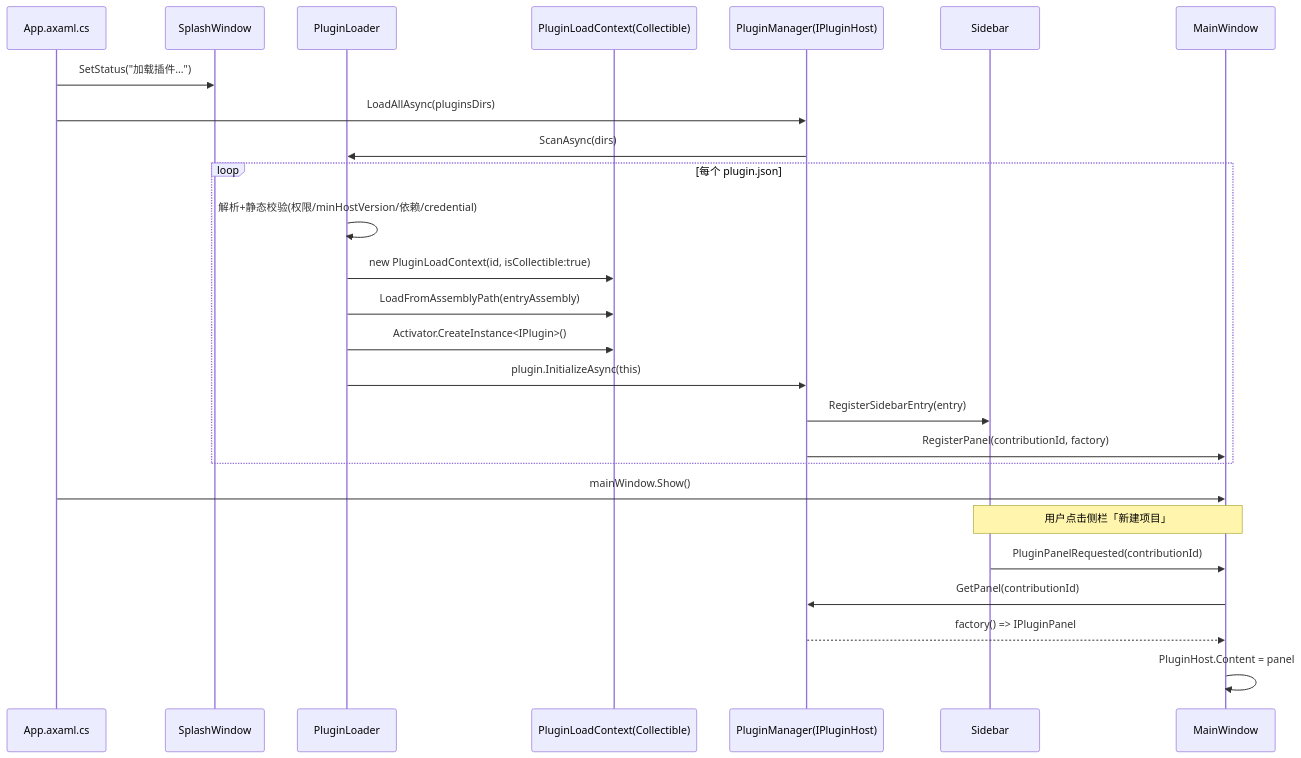
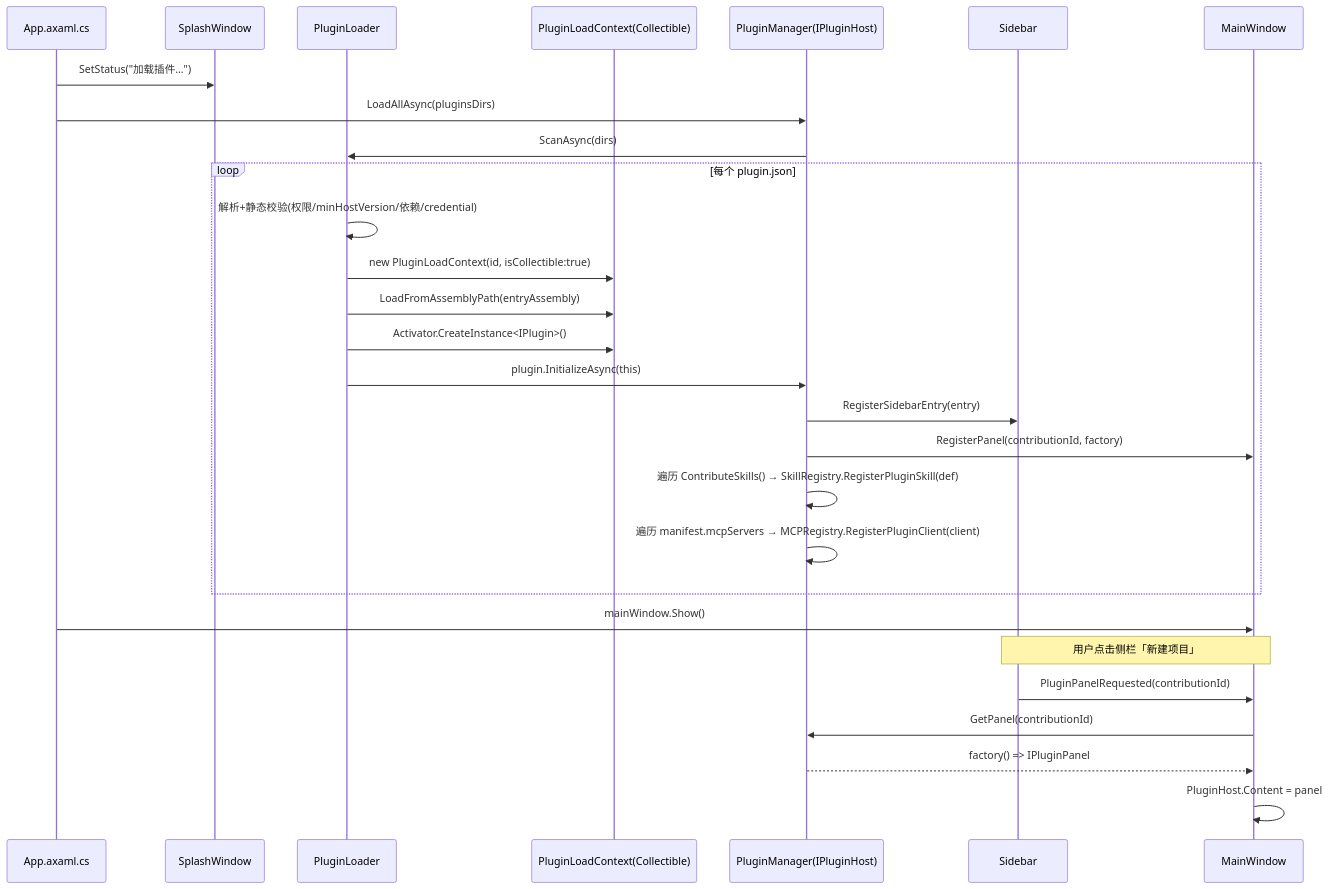
Before and after one commit to yswenli/luban-agent: the second of 5 diagrams in docs/PRD-插件体系与新建项目插件.md, drawn with Mermaid. The commit also changed other lines of this file, not shown here.

````diff
--- a/docs/PRD-插件体系与新建项目插件.md
+++ b/docs/PRD-插件体系与新建项目插件.md
@@ -316,29 +328,31 @@
 ```mermaid
 sequenceDiagram
     participant App as App.axaml.cs
     participant Splash as SplashWindow
     participant Loader as PluginLoader
     participant ALC as PluginLoadContext(Collectible)
     participant Host as PluginManager(IPluginHost)
     participant Sidebar as Sidebar
     participant Win as MainWindow
 
     App->>Splash: SetStatus("加载插件…")
     App->>Host: LoadAllAsync(pluginsDirs)
     Host->>Loader: ScanAsync(dirs)
     loop 每个 plugin.json
         Loader->>Loader: 解析+静态校验(权限/minHostVersion/依赖/credential)
         Loader->>ALC: new PluginLoadContext(id, isCollectible:true)
         Loader->>ALC: LoadFromAssemblyPath(entryAssembly)
         Loader->>ALC: Activator.CreateInstance<IPlugin>()
         Loader->>Host: plugin.InitializeAsync(this)
         Host->>Sidebar: RegisterSidebarEntry(entry)
         Host->>Win: RegisterPanel(contributionId, factory)
+        Host->>Host: 遍历 ContributeSkills() → SkillRegistry.RegisterPluginSkill(def)
+        Host->>Host: 遍历 manifest.mcpServers → MCPRegistry.RegisterPluginClient(client)
     end
     App->>Win: mainWindow.Show()
     Note over Win,Sidebar: 用户点击侧栏「新建项目」
     Sidebar->>Win: PluginPanelRequested(contributionId)
     Win->>Host: GetPanel(contributionId)
     Host-->>Win: factory() => IPluginPanel
     Win->>Win: PluginHost.Content = panel
 ```
````
